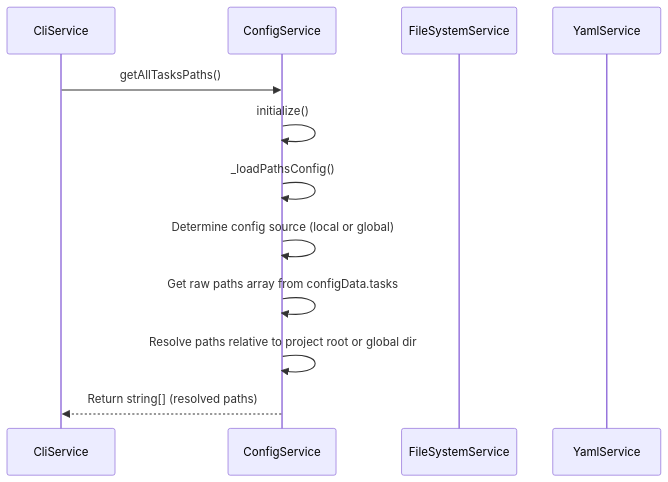
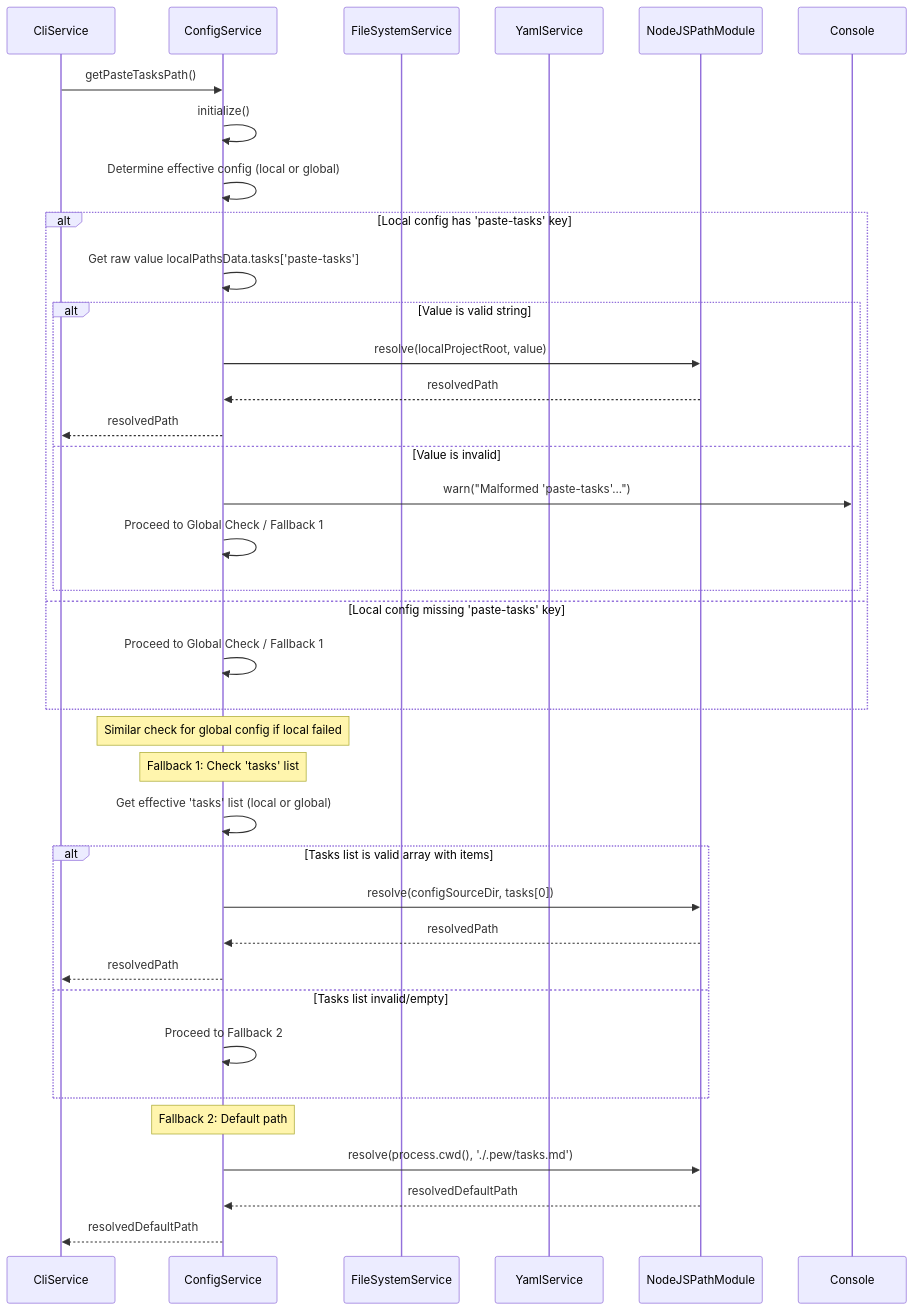
The first of 4 diagrams in .pew/tasks.md (ultrawideturbodev/pewPewCLI), drawn with Mermaid before and after one commit. The commit also changed other lines of this file and 11 other files, not shown here.

````diff
--- a/.pew/tasks.md
+++ b/.pew/tasks.md
@@ -187,15 +169,42 @@
     ```mermaid
     sequenceDiagram
-        participant C as CliService
+        participant CliS as CliService
         participant CS as ConfigService
         participant FSS as FileSystemService
         participant YS as YamlService
+        participant path as NodeJSPathModule
+        participant console as Console
 
-        C->>CS: getAllTasksPaths()
+        CliS->>CS: getPasteTasksPath()
         CS->>CS: initialize() # If not already initialized
-        CS->>CS: _loadPathsConfig() # Loads local/global data
-        CS->>CS: Determine config source (local or global)
-        CS->>CS: Get raw paths array from configData.tasks
-        CS->>CS: Resolve paths relative to project root or global dir
-        CS-->>C: Return string[] (resolved paths)
+        CS->>CS: Determine effective config (local or global)
+        alt Local config has 'paste-tasks' key
+            CS->>CS: Get raw value localPathsData.tasks['paste-tasks']
+            alt Value is valid string
+                CS->>path: resolve(localProjectRoot, value)
+                path-->>CS: resolvedPath
+                CS-->>CliS: resolvedPath
+            else Value is invalid
+                CS->>console: warn("Malformed 'paste-tasks'...")
+                CS->>CS: Proceed to Global Check / Fallback 1
+            end
+        else Local config missing 'paste-tasks' key
+             CS->>CS: Proceed to Global Check / Fallback 1
+        end
+        Note over CS: Similar check for global config if local failed
+
+        Note over CS: Fallback 1: Check 'tasks' list
+        CS->>CS: Get effective 'tasks' list (local or global)
+        alt Tasks list is valid array with items
+            CS->>path: resolve(configSourceDir, tasks[0])
+            path-->>CS: resolvedPath
+            CS-->>CliS: resolvedPath
+        else Tasks list invalid/empty
+            CS->>CS: Proceed to Fallback 2
+        end
+
+        Note over CS: Fallback 2: Default path
+        CS->>path: resolve(process.cwd(), './.pew/tasks.md')
+        path-->>CS: resolvedDefaultPath
+        CS-->>CliS: resolvedDefaultPath
     ```
````
